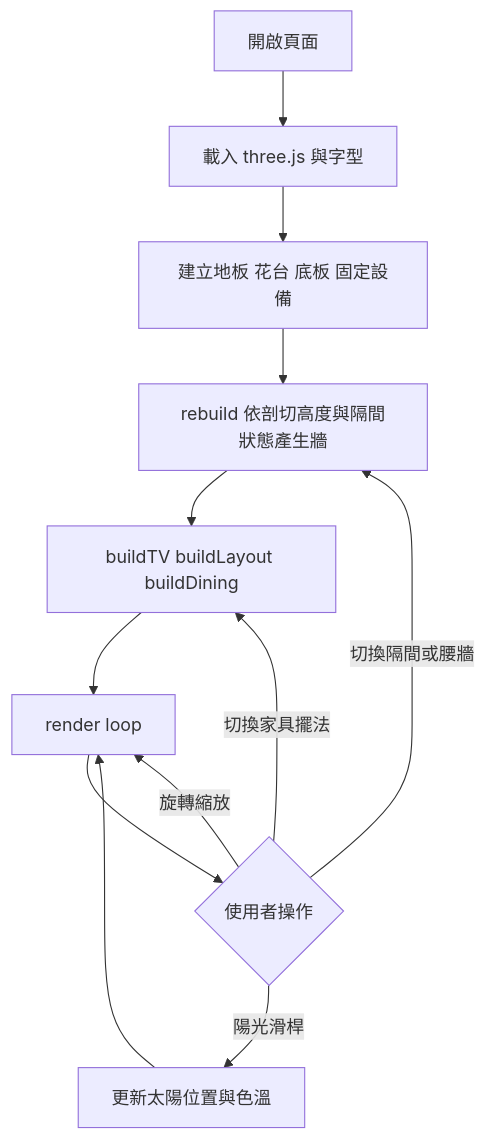
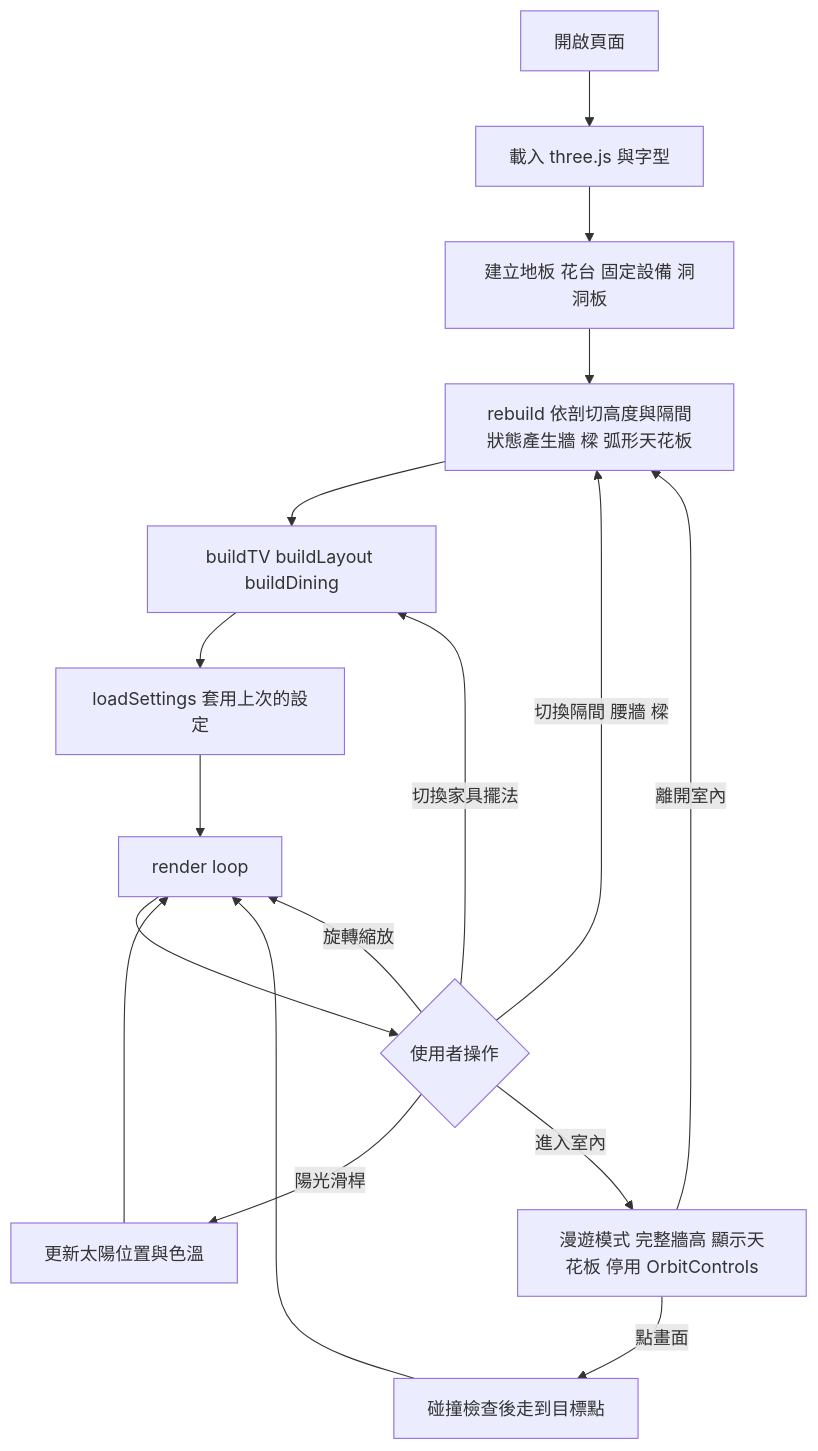
One commit to oopsdev/a07f02-3d changed the second of 2 diagrams in docs/architecture.md. Above: the diagram before and after it, drawn with Mermaid. The commit also changed other lines of this file and 4 other files, not shown here.

````diff
--- a/docs/architecture.md
+++ b/docs/architecture.md
@@ -29,14 +33,19 @@
 ```mermaid
 flowchart TD
   S[開啟頁面] --> L[載入 three.js 與字型]
-  L --> M[建立地板 花台 底板 固定設備]
-  M --> R[rebuild 依剖切高度與隔間狀態產生牆]
+  L --> M[建立地板 花台 固定設備 洞洞板]
+  M --> R[rebuild 依剖切高度與隔間狀態產生牆 樑 弧形天花板]
   R --> T[buildTV buildLayout buildDining]
-  T --> U[render loop]
+  T --> P[loadSettings 套用上次的設定]
+  P --> U[render loop]
   U --> V{使用者操作}
-  V -->|切換隔間或腰牆| R
+  V -->|切換隔間 腰牆 樑| R
   V -->|切換家具擺法| T
-  V -->|陽光滑桿| W[更新太陽位置與色溫]
-  W --> U
+  V -->|陽光滑桿| X[更新太陽位置與色溫]
+  V -->|進入室內| Y[漫遊模式 完整牆高 顯示天花板 停用 OrbitControls]
+  Y -->|點畫面| Z[碰撞檢查後走到目標點]
+  Z --> U
+  Y -->|離開室內| R
+  X --> U
   V -->|旋轉縮放| U
 ```
````
